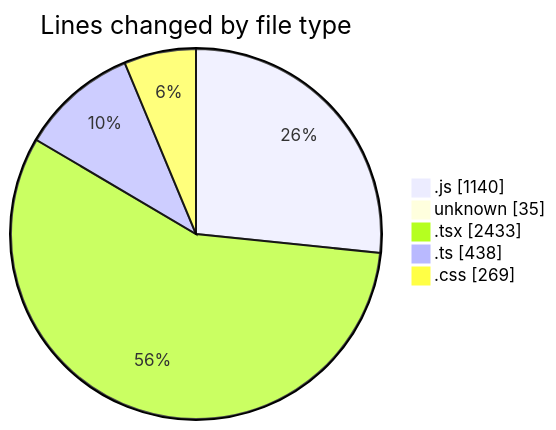
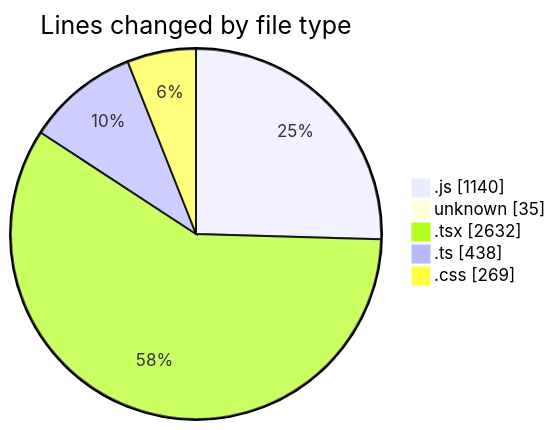
The first of 2 diagrams in 2025-08-06/napxuvn/README.md (lephambinh05/code-tracking), drawn with Mermaid before and after one commit. The commit also changed other lines of this file and 1 other file, not shown here.

````diff
--- a/2025-08-06/napxuvn/README.md
+++ b/2025-08-06/napxuvn/README.md
@@ -69,9 +71,9 @@
 ```mermaid
 pie showData
 title Lines changed by file type
 ".js" : 1140
 "unknown" : 35
-".tsx" : 2433
+".tsx" : 2632
 ".ts" : 438
 ".css" : 269
 ```
````
